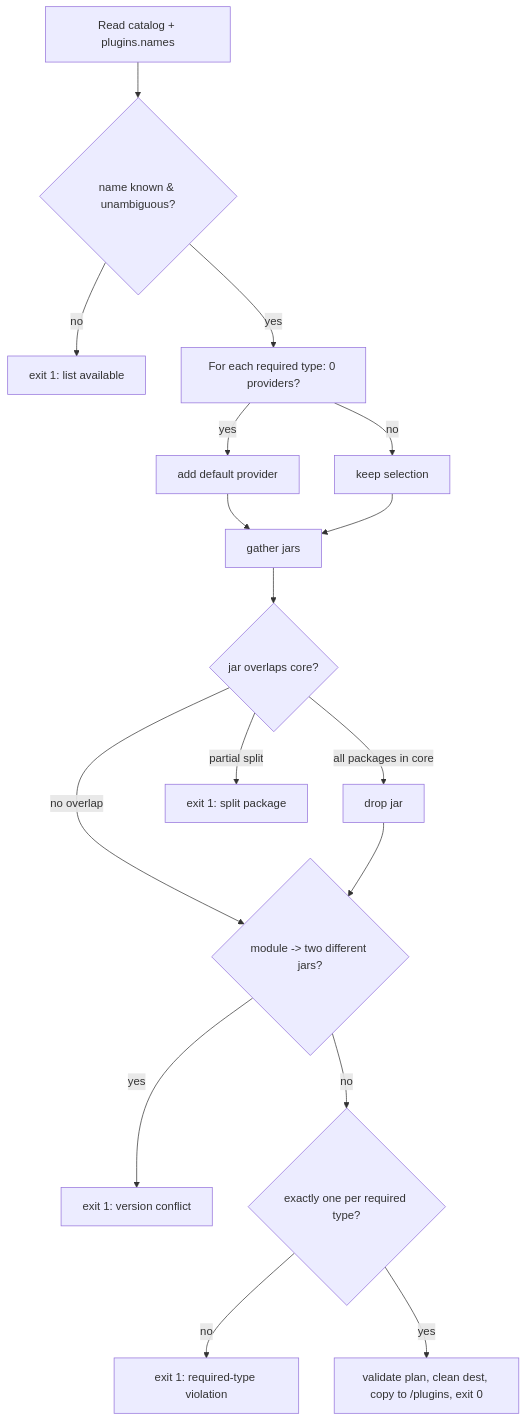
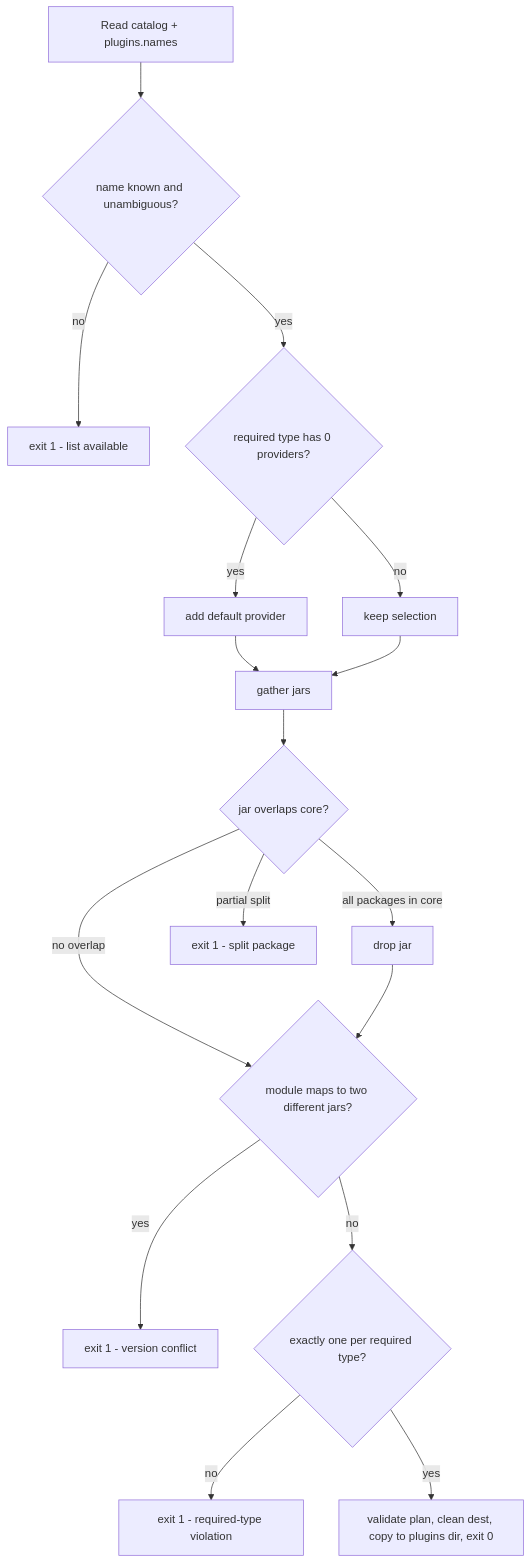
The third of 3 diagrams in docs/design/plugin-catalog.md (hiero-ledger/hiero-block-node), drawn with Mermaid before and after one commit. The commit also changed other lines of this file, not shown here.

Commit message:
docs(design): fix mermaid diagram syntax and drop redundant runtime-image row
GitHub's mermaid parser rejected ' : ' and other special characters inside
sequence-message and flowchart-node text. Quote flowchart labels and remove
colons/ampersands/arrows from label text; simplify sequence messages. Also
remove the redundant runtime-image line from the layering diagram.

````diff
--- a/docs/design/plugin-catalog.md
+++ b/docs/design/plugin-catalog.md
@@ -424,19 +422,19 @@
 ```mermaid
 flowchart TD
-    A[Read catalog + plugins.names] --> B{name known & unambiguous?}
-    B -- no --> X1[exit 1: list available]
-    B -- yes --> C[For each required type: 0 providers?]
-    C -- yes --> E[add default provider]
-    C -- no --> F[keep selection]
-    E --> G[gather jars]
+    A["Read catalog + plugins.names"] --> B{"name known and unambiguous?"}
+    B -- no --> X1["exit 1 - list available"]
+    B -- yes --> C{"required type has 0 providers?"}
+    C -- yes --> E["add default provider"]
+    C -- no --> F["keep selection"]
+    E --> G["gather jars"]
     F --> G
-    G --> H{jar overlaps core?}
-    H -- all packages in core --> H1[drop jar]
-    H -- partial split --> X4[exit 1: split package]
+    G --> H{"jar overlaps core?"}
+    H -- all packages in core --> H1["drop jar"]
+    H -- partial split --> X4["exit 1 - split package"]
     H -- no overlap --> I
-    H1 --> I{module -> two different jars?}
-    I -- yes --> X3[exit 1: version conflict]
-    I -- no --> J{exactly one per required type?}
-    J -- no --> X2[exit 1: required-type violation]
-    J -- yes --> K[validate plan, clean dest, copy to /plugins, exit 0]
+    H1 --> I{"module maps to two different jars?"}
+    I -- yes --> X3["exit 1 - version conflict"]
+    I -- no --> J{"exactly one per required type?"}
+    J -- no --> X2["exit 1 - required-type violation"]
+    J -- yes --> K["validate plan, clean dest, copy to plugins dir, exit 0"]
 ```
````
